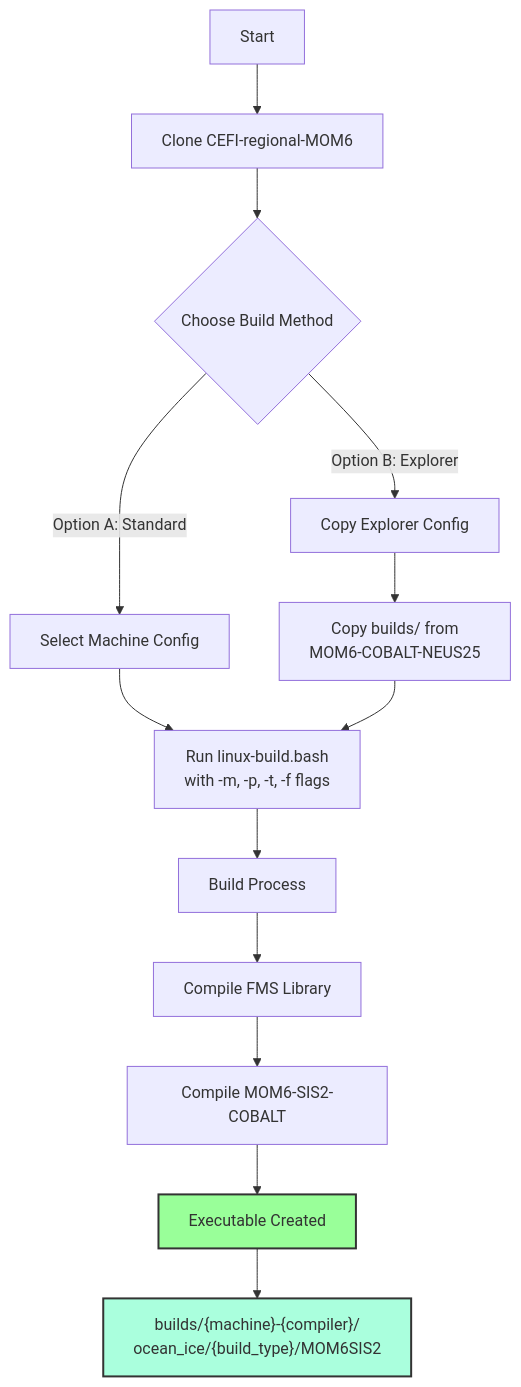
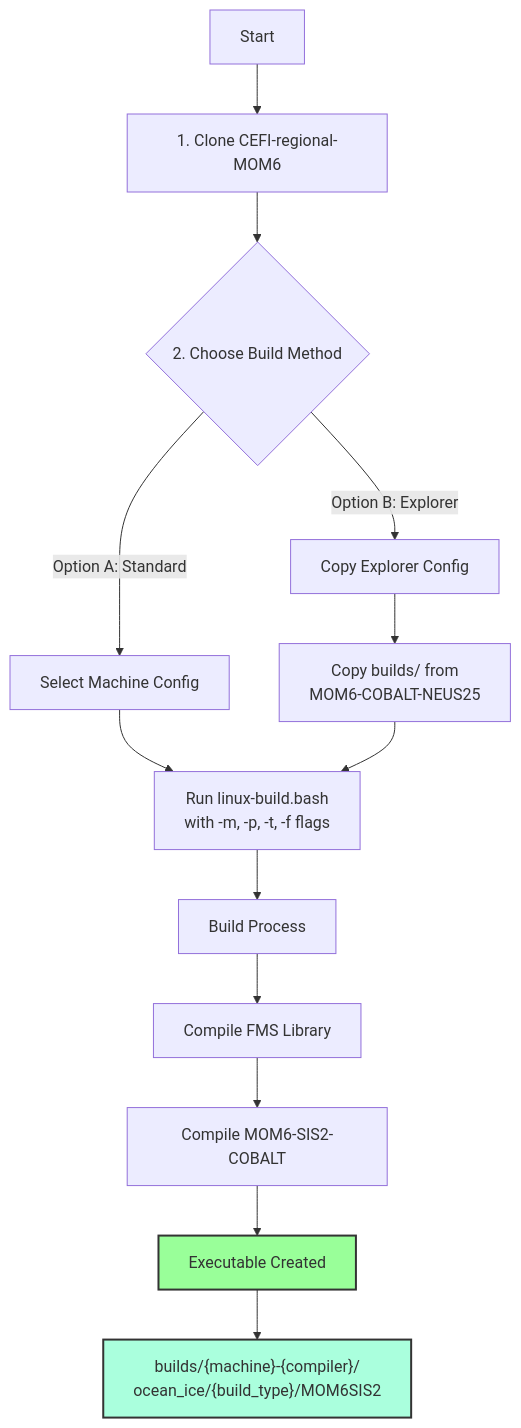
One commit to dksasaki/MOM6_COBALT_NEUS25 changed the diagram in exps/NEUS25.COBALT/docs/compilation.md. Above: the diagram before and after it, drawn with Mermaid.

Commit message:
minor change

````diff
--- a/exps/NEUS25.COBALT/docs/compilation.md
+++ b/exps/NEUS25.COBALT/docs/compilation.md
@@ -17,22 +17,22 @@
 ```mermaid
 flowchart TD
-    A[Start] --> B["Clone CEFI-regional-MOM6"]
-    B --> C{Choose Build Method}
+    A[Start] --> B["1. Clone CEFI-regional-MOM6"]
+    B --> C{2. Choose Build Method}
     
     C -->|Option A: Standard| D[Select Machine Config]
     C -->|Option B: Explorer| E[Copy Explorer Config]
     
     D --> F[Run linux-build.bash<br/>with -m, -p, -t, -f flags]
     E --> G[Copy builds/ from<br/>MOM6-COBALT-NEUS25]
     G --> F
     
     F --> H[Build Process]
     H --> I[Compile FMS Library]
     I --> J["Compile MOM6-SIS2-COBALT"]
     J --> K[Executable Created]
     
     K --> L["builds/{machine}-{compiler}/<br/>ocean_ice/{build_type}/MOM6SIS2"]
     
     style K fill:#9f9,stroke:#333,stroke-width:2px
     style L fill:#afd,stroke:#333,stroke-width:2px
 ```
````
